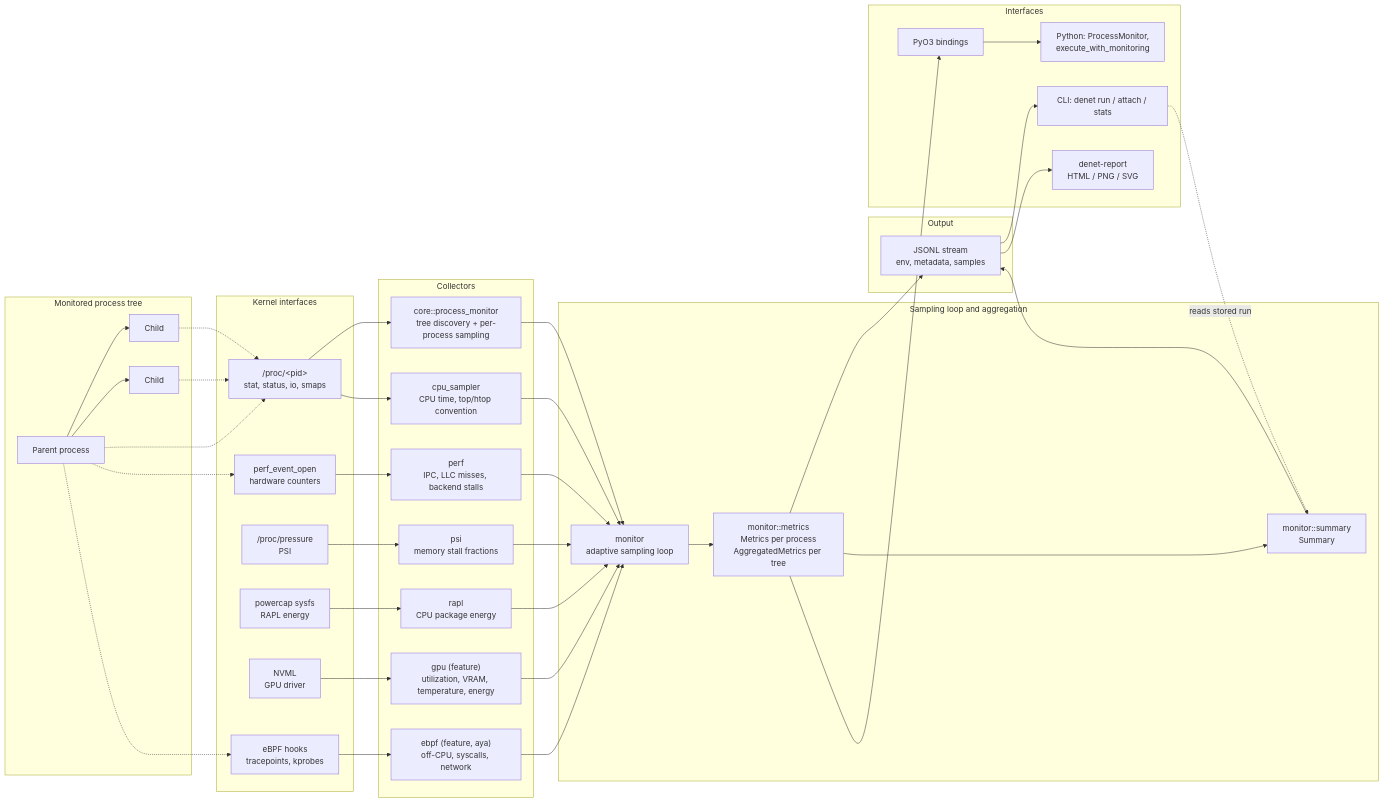
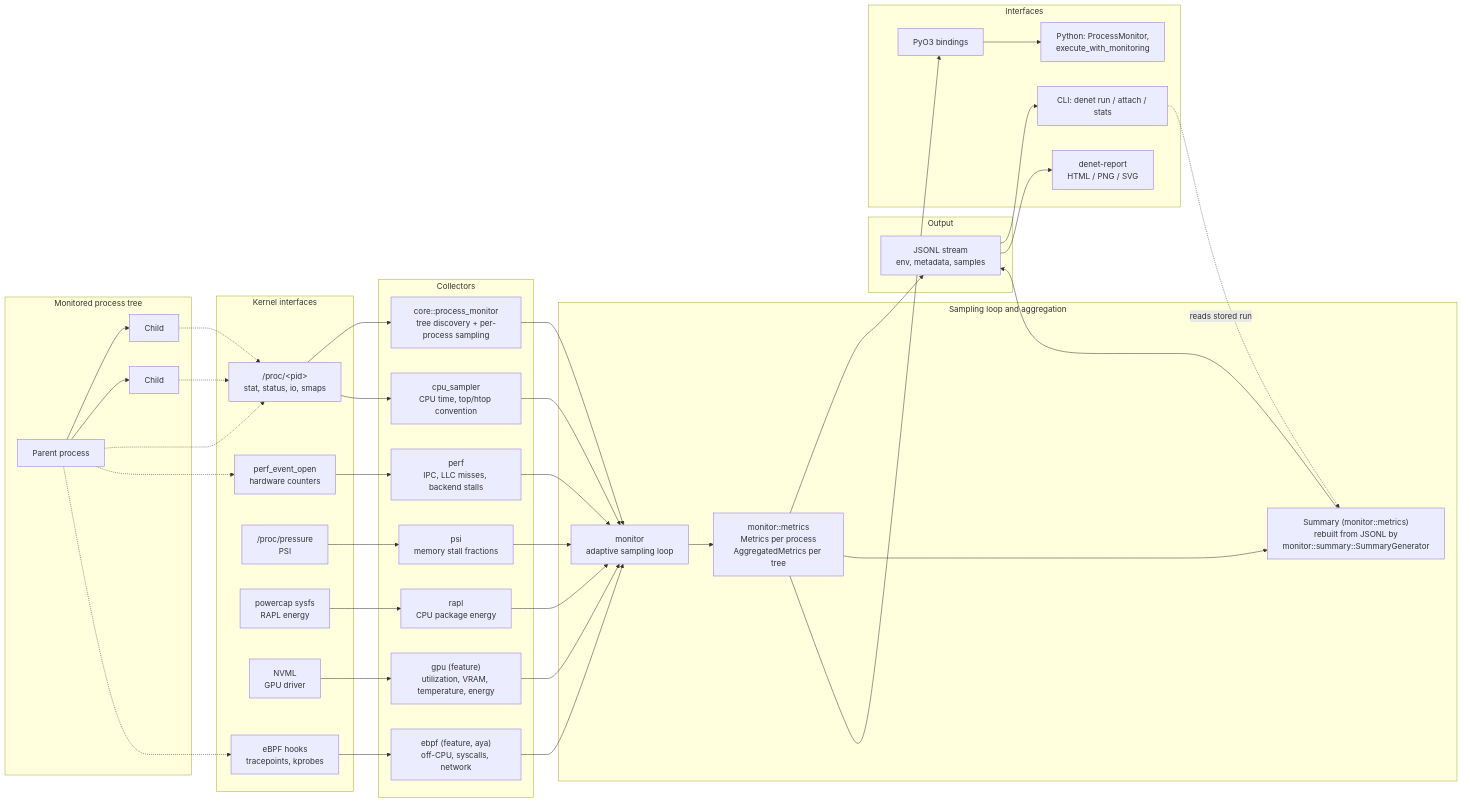
The diagram in docs/architecture.md (btraven00/denet), drawn with Mermaid before and after one commit. The commit also changed other lines of this file, not shown here.

Commit message:
docs(architecture): Summary lives in monitor::metrics; SummaryGenerator rebuilds it

````diff
--- a/docs/architecture.md
+++ b/docs/architecture.md
@@ -7,78 +7,78 @@
 ```mermaid
 flowchart LR
     subgraph TARGET["Monitored process tree"]
         P["Parent process"]
         C1["Child"]
         C2["Child"]
         P --> C1
         P --> C2
     end
 
     subgraph SOURCES["Kernel interfaces"]
         PROC["/proc/&lt;pid&gt;<br/>stat, status, io, smaps"]
         PERFEV["perf_event_open<br/>hardware counters"]
         PSIF["/proc/pressure<br/>PSI"]
         RAPLF["powercap sysfs<br/>RAPL energy"]
         NVML["NVML<br/>GPU driver"]
         BPF["eBPF hooks<br/>tracepoints, kprobes"]
     end
 
     subgraph COLLECT["Collectors"]
         PM["core::process_monitor<br/>tree discovery + per-process sampling"]
         CPUS["cpu_sampler<br/>CPU time, top/htop convention"]
         PERF["perf<br/>IPC, LLC misses, backend stalls"]
         PSI["psi<br/>memory stall fractions"]
         RAPL["rapl<br/>CPU package energy"]
         GPU["gpu (feature)<br/>utilization, VRAM, temperature, energy"]
         EBPF["ebpf (feature, aya)<br/>off-CPU, syscalls, network"]
     end
 
     subgraph CORE["Sampling loop and aggregation"]
         LOOP["monitor<br/>adaptive sampling loop"]
         MET["monitor::metrics<br/>Metrics per process<br/>AggregatedMetrics per tree"]
-        SUM["monitor::summary<br/>Summary"]
+        SUM["Summary (monitor::metrics)<br/>rebuilt from JSONL by<br/>monitor::summary::SummaryGenerator"]
     end
 
     subgraph OUT["Output"]
         JSONL["JSONL stream<br/>env, metadata, samples"]
     end
 
     subgraph IFACE["Interfaces"]
         CLI["CLI: denet run / attach / stats"]
         PYO3["PyO3 bindings"]
         PYAPI["Python: ProcessMonitor,<br/>execute_with_monitoring"]
         REPORT["denet-report<br/>HTML / PNG / SVG"]
     end
 
     P -.-> PROC
     C1 -.-> PROC
     C2 -.-> PROC
     P -.-> PERFEV
     P -.-> BPF
 
     PROC --> PM
     PROC --> CPUS
     PERFEV --> PERF
     PSIF --> PSI
     RAPLF --> RAPL
     NVML --> GPU
     BPF --> EBPF
 
     PM --> LOOP
     CPUS --> LOOP
     PERF --> LOOP
     PSI --> LOOP
     RAPL --> LOOP
     GPU --> LOOP
     EBPF --> LOOP
 
     LOOP --> MET
     MET --> JSONL
     MET --> SUM
     SUM --> JSONL
 
     JSONL --> CLI
     JSONL --> REPORT
     MET --> PYO3 --> PYAPI
     CLI -.reads stored run.-> SUM
 ```
````
